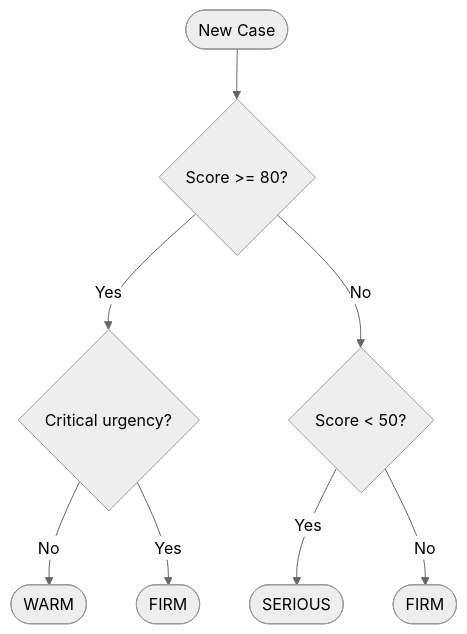
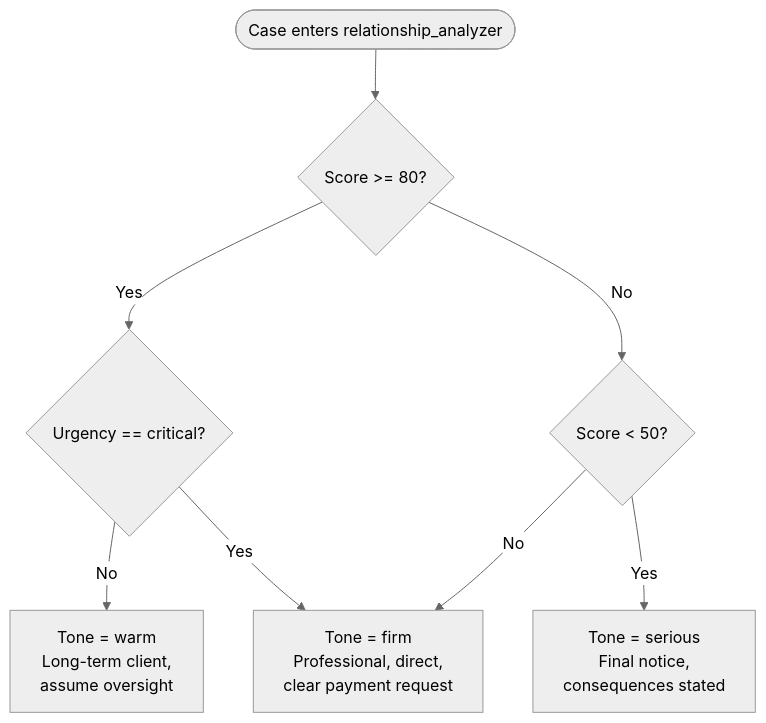
One commit to sivasundharam/cashguard changed the third of 5 diagrams in README.md. Above: the diagram before and after it, drawn with Mermaid (neutral theme). The commit also changed other lines of this file, not shown here.

Commit message:
docs: restore full diagrams from 0d05af7 with wrappingWidth 1000

````diff
--- a/README.md
+++ b/README.md
@@ -51,10 +99,19 @@
 ```mermaid
+%%{init: {"flowchart": {"wrappingWidth": 1000}}}%%
 flowchart TD
-    START(["New Case"]) --> Q1{"Score >= 80?"}
-    Q1 -->|Yes| Q2{"Critical urgency?"}
-    Q1 -->|No| Q3{"Score < 50?"}
-    Q2 -->|No| WARM(["WARM"])
-    Q2 -->|Yes| FIRM1(["FIRM"])
-    Q3 -->|Yes| SERIOUS(["SERIOUS"])
-    Q3 -->|No| FIRM2(["FIRM"])
+    START(["Case enters relationship_analyzer"])
+    Q1{"Score >= 80?"}
+    Q2{"Urgency == critical?"}
+    Q3{"Score < 50?"}
+    WARM["Tone = warm<br/>Long-term client,<br/>assume oversight"]
+    FIRM["Tone = firm<br/>Professional, direct,<br/>clear payment request"]
+    SERIOUS["Tone = serious<br/>Final notice,<br/>consequences stated"]
+
+    START --> Q1
+    Q1 -->|Yes| Q2
+    Q2 -->|No| WARM
+    Q2 -->|Yes| FIRM
+    Q1 -->|No| Q3
+    Q3 -->|Yes| SERIOUS
+    Q3 -->|No| FIRM
 ```
````
